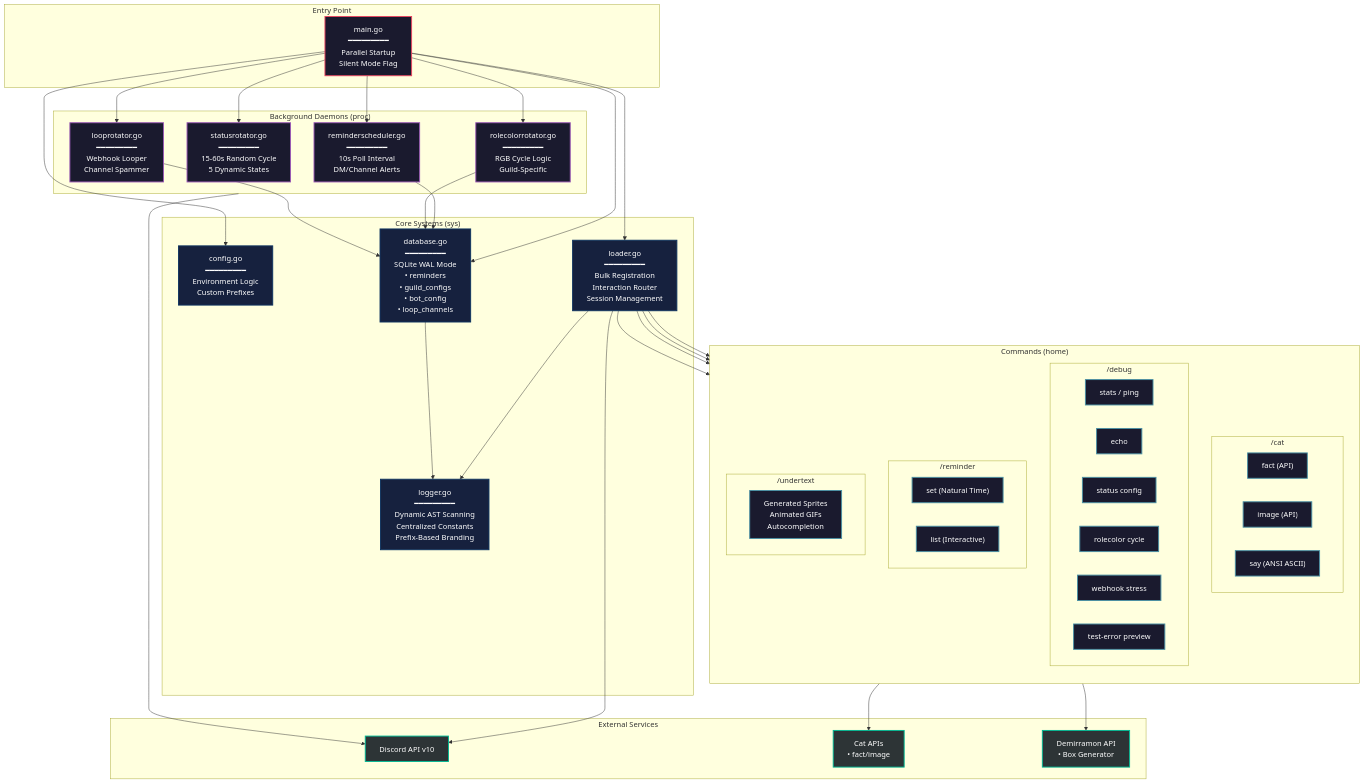
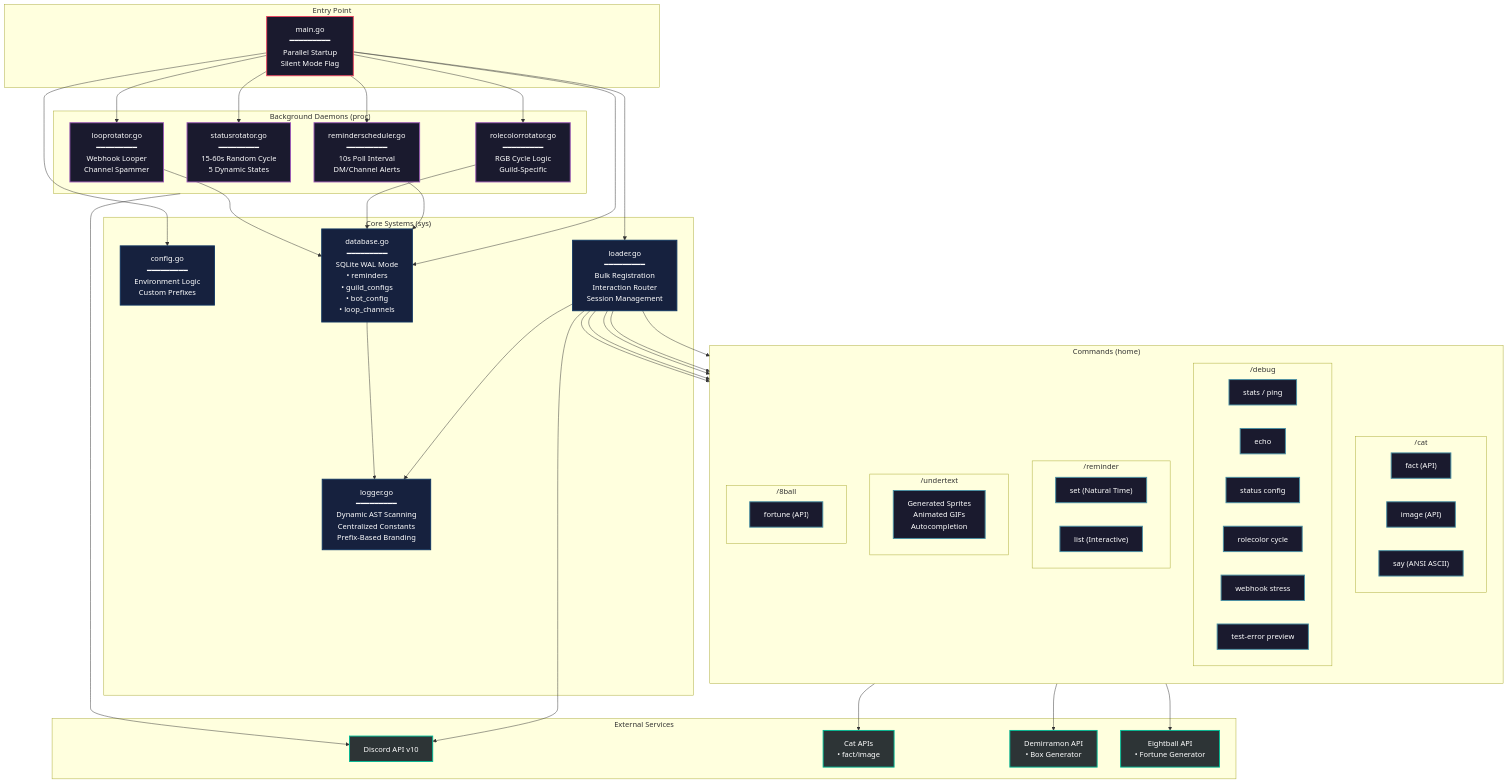
Before and after one commit to leeineian/kokoro: the diagram in README.md, drawn with Mermaid. The commit also changed other lines of this file, not shown here.

````diff
--- a/README.md
+++ b/README.md
@@ -37,6 +37,10 @@
         subgraph UndertextCmd["/undertext"]
             UndertextGen["Generated Sprites<br/>Animated GIFs<br/>Autocompletion"]
         end
+
+        subgraph EightballCmd["/8ball"]
+            EightballFortune["fortune (API)"]
+        end
     end
 
     subgraph Daemons["Background Daemons (proc)"]
@@ -50,6 +54,7 @@
         Discord["Discord API v10"]
         CatAPI["Cat APIs<br/>• fact/image"]
         UndertaleAPI["Demirramon API<br/>• Box Generator"]
+        EightballAPI["Eightball API<br/>• Fortune Generator"]
     end
 
     %% Entry connections
@@ -66,6 +71,7 @@
     Loader --> DebugCmd
     Loader --> ReminderCmd
     Loader --> UndertextCmd
+    Loader --> EightballCmd
 
     %% Daemon startup
     Main --> ReminderScheduler
@@ -80,6 +86,7 @@
 
     %% External API connections
     CatCmd --> CatAPI
+    EightballCmd --> EightballAPI
     UndertextCmd --> UndertaleAPI
     Loader --> Discord
     Daemons --> Discord
@@ -93,7 +100,7 @@
 
     class Main entryStyle
     class Config,Database,Loader,Logger coreStyle
-    class CatFact,CatImage,CatSay,DebugStats,DebugEcho,DebugStatus,DebugRoleColor,DebugLoop,DebugTest,ReminderSet,ReminderList,UndertextGen cmdStyle
+    class CatFact,CatImage,CatSay,DebugStats,DebugEcho,DebugStatus,DebugRoleColor,DebugLoop,DebugTest,ReminderSet,ReminderList,UndertextGen,EightballFortune cmdStyle
     class ReminderScheduler,StatusRotator,RoleColorRotator,LoopRotator daemonStyle
-    class Discord,CatAPI,UndertaleAPI externalStyle
+    class Discord,CatAPI,UndertaleAPI,EightballAPI externalStyle
 ```
````
